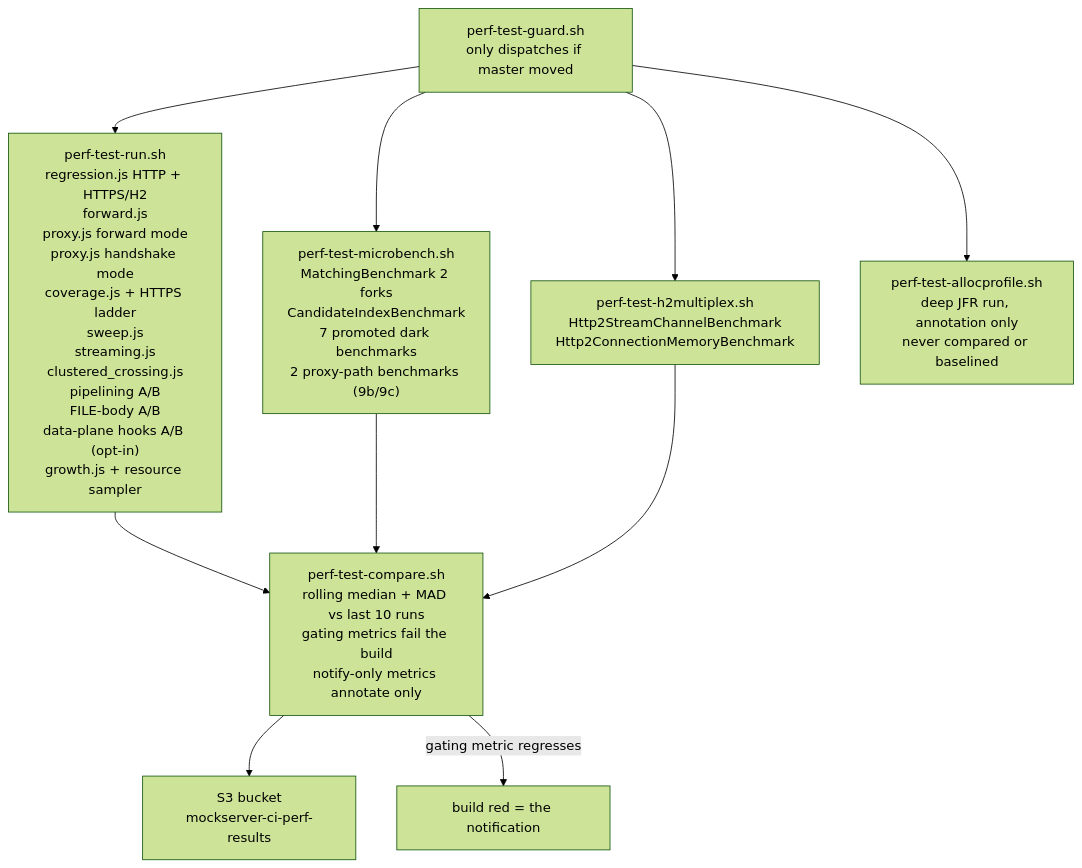
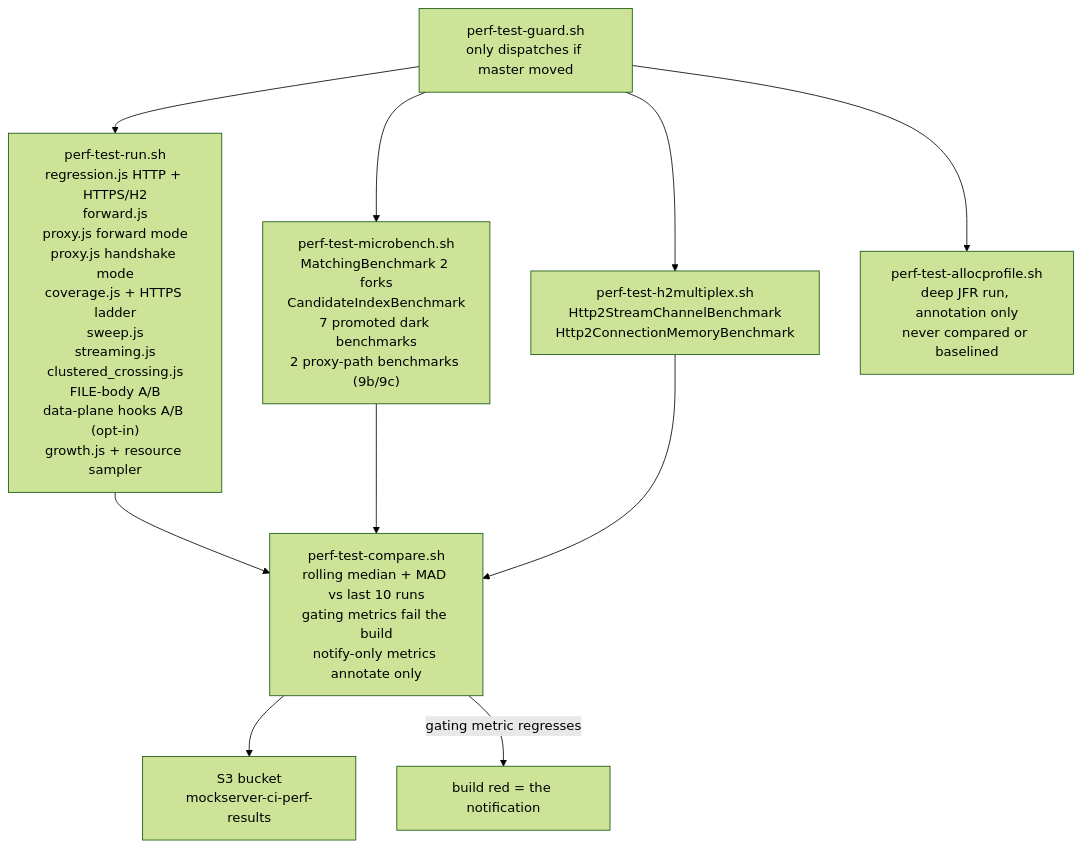
Before and after one commit to mock-server/mockserver-monorepo: the first of 13 diagrams in docs/code/performance-measurement.md, drawn with Mermaid (forest theme). The commit also changed other lines of this file and 37 other files, not shown here.

First line of the commit message:
refactor(netty): remove http1PipeliningInOrder and its perf A/B

````diff
--- a/docs/code/performance-measurement.md
+++ b/docs/code/performance-measurement.md
@@ -51,21 +50,21 @@
 ```mermaid
 flowchart TD
   guard["perf-test-guard.sh\nonly dispatches if master moved"]
-  run["perf-test-run.sh\nregression.js HTTP + HTTPS/H2\nforward.js\nproxy.js forward mode\nproxy.js handshake mode\ncoverage.js + HTTPS ladder\nsweep.js\nstreaming.js\nclustered_crossing.js\npipelining A/B\nFILE-body A/B\ndata-plane hooks A/B (opt-in)\ngrowth.js + resource sampler"]
+  run["perf-test-run.sh\nregression.js HTTP + HTTPS/H2\nforward.js\nproxy.js forward mode\nproxy.js handshake mode\ncoverage.js + HTTPS ladder\nsweep.js\nstreaming.js\nclustered_crossing.js\nFILE-body A/B\ndata-plane hooks A/B (opt-in)\ngrowth.js + resource sampler"]
   micro["perf-test-microbench.sh\nMatchingBenchmark 2 forks\nCandidateIndexBenchmark\n7 promoted dark benchmarks\n2 proxy-path benchmarks (9b/9c)"]
   h2["perf-test-h2multiplex.sh\nHttp2StreamChannelBenchmark\nHttp2ConnectionMemoryBenchmark"]
   alloc["perf-test-allocprofile.sh\ndeep JFR run, annotation only\nnever compared or baselined"]
   cmp["perf-test-compare.sh\nrolling median + MAD vs last 10 runs\ngating metrics fail the build\nnotify-only metrics annotate only"]
   s3["S3 bucket\nmockserver-ci-perf-results"]
   red["build red = the notification"]
 
   guard --> run
   guard --> micro
   guard --> h2
   guard --> alloc
   run --> cmp
   micro --> cmp
   h2 --> cmp
   cmp --> s3
   cmp -->|"gating metric regresses"| red
 ```
````
